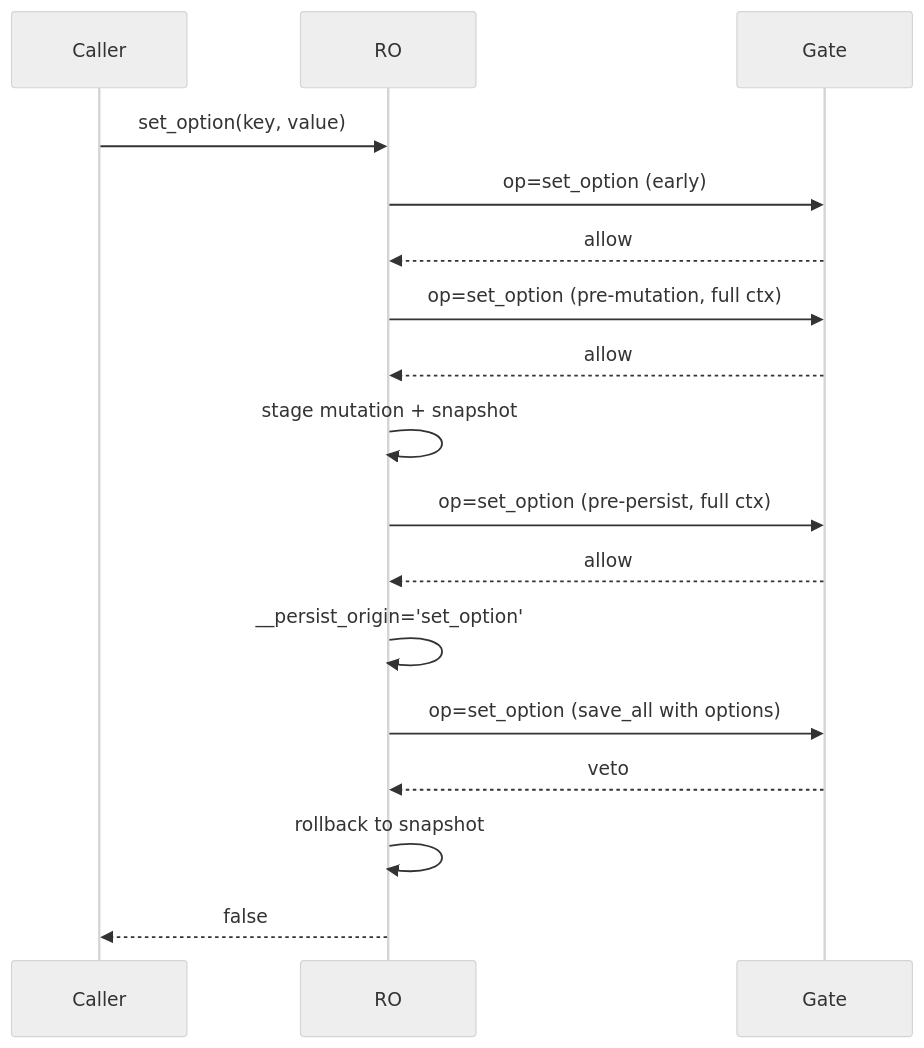
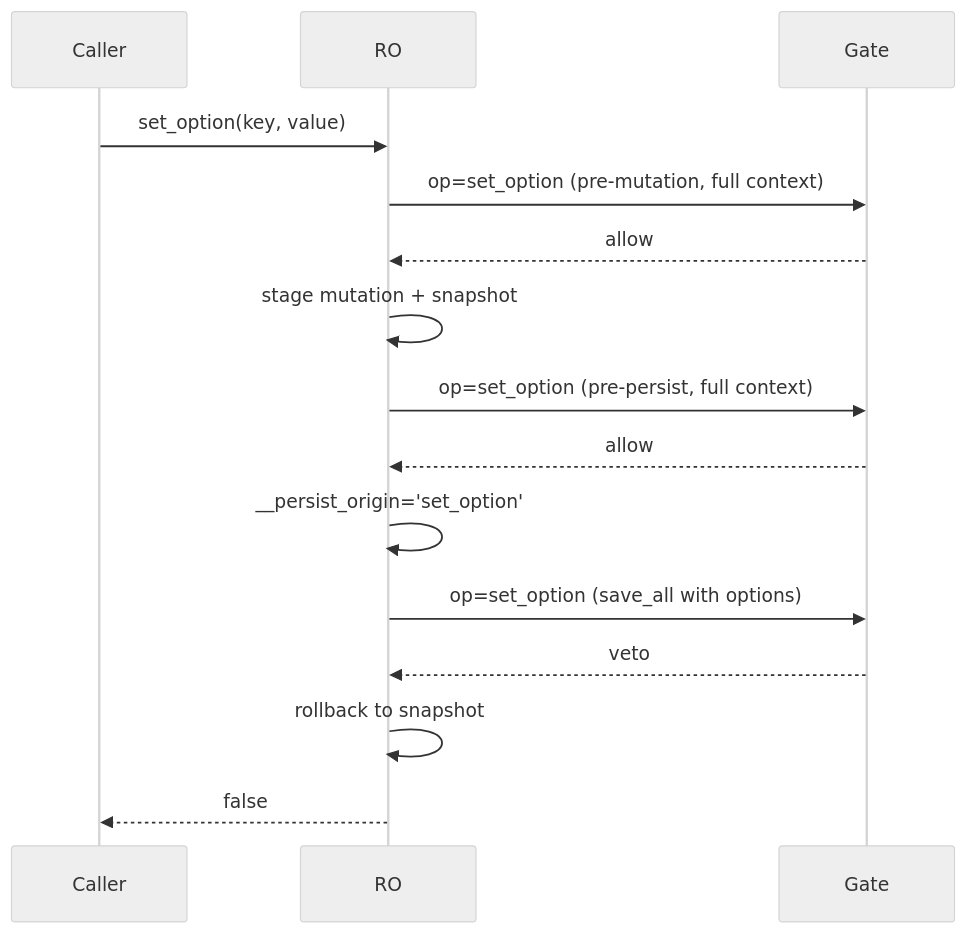
The fourth of 4 diagrams in inc/Options/docs/TFS-003-Write-Permission-Guards.md (RocketsAreNostalgic/ran-plugin-library), drawn with Mermaid (neutral theme) before and after one commit. The commit also changed other lines of this file and 13 other files, not shown here.

````diff
--- a/inc/Options/docs/TFS-003-Write-Permission-Guards.md
+++ b/inc/Options/docs/TFS-003-Write-Permission-Guards.md
@@ -155,16 +194,14 @@
 ```mermaid
 sequenceDiagram
     Caller->>RO: set_option(key, value)
-    RO->>Gate: op=set_option (early)
-    Gate-->>RO: allow
-    RO->>Gate: op=set_option (pre-mutation, full ctx)
+    RO->>Gate: op=set_option (pre-mutation, full context)
     Gate-->>RO: allow
     RO->>RO: stage mutation + snapshot
-    RO->>Gate: op=set_option (pre-persist, full ctx)
+    RO->>Gate: op=set_option (pre-persist, full context)
     Gate-->>RO: allow
     RO->>RO: __persist_origin='set_option'
     RO->>Gate: op=set_option (save_all with options)
     Gate-->>RO: veto
     RO->>RO: rollback to snapshot
     RO-->>Caller: false
 ```
````
